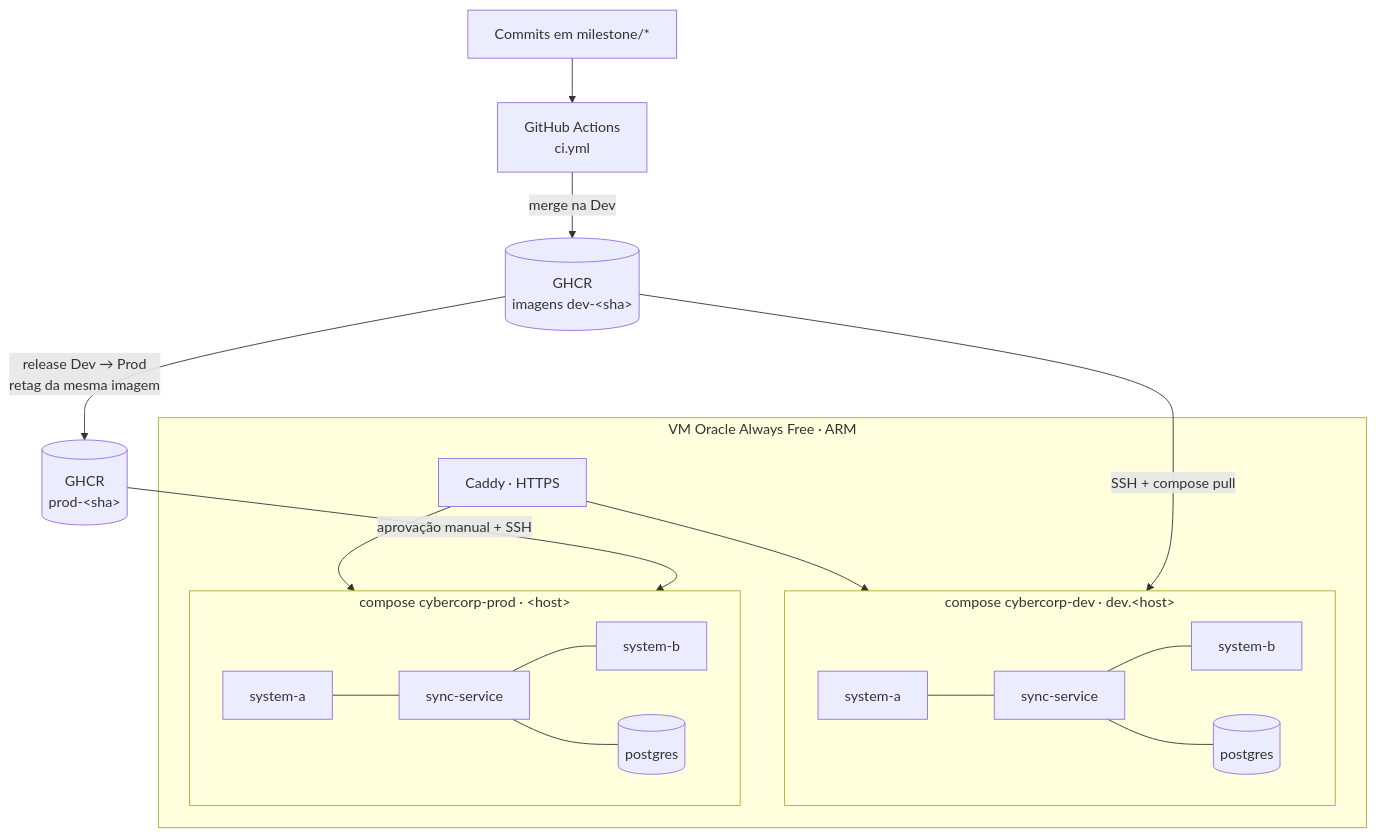
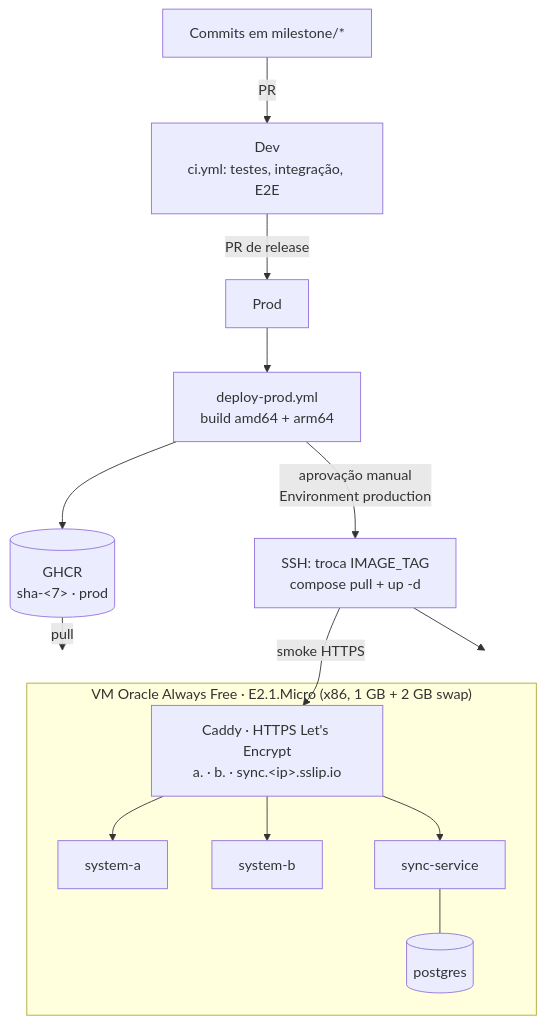
One commit to BossBurgues/desafiotecCyberCorp changed the second of 8 diagrams in docs/architecture.md. Above: the diagram before and after it, drawn with Mermaid. The commit also changed other lines of this file, not shown here.

First line of the commit message:
docs: architecture com o escopo entregue (um ambiente, sem auditor, B → A como desenho)

````diff
--- a/docs/architecture.md
+++ b/docs/architecture.md
@@ -62,23 +62,18 @@
 ```mermaid
 flowchart TB
-  DEVS["Commits em milestone/*"] --> GH["GitHub Actions<br/>ci.yml"]
-  GH -- "merge na Dev" --> GHCR[("GHCR<br/>imagens dev-&lt;sha&gt;")]
-  GHCR -- "release Dev → Prod<br/>retag da mesma imagem" --> GHCRP[("GHCR<br/>prod-&lt;sha&gt;")]
+  DEVS["Commits em milestone/*"] -- "PR" --> DEV["Dev<br/>ci.yml: testes, integração, E2E"]
+  DEV -- "PR de release" --> PROD["Prod"]
+  PROD --> DP["deploy-prod.yml<br/>build amd64 + arm64"]
+  DP --> GHCR[("GHCR<br/>sha-&lt;7&gt; · prod")]
+  DP -- "aprovação manual<br/>Environment production" --> SSH["SSH: troca IMAGE_TAG<br/>compose pull + up -d"]
 
-  subgraph VM["VM Oracle Always Free · ARM"]
-    CADDY["Caddy · HTTPS"]
-    subgraph D["compose cybercorp-dev · dev.&lt;host&gt;"]
-      D1["system-a"] --- D2["sync-service"] --- D3["system-b"]
-      D2 --- D4[("postgres")]
-    end
-    subgraph P["compose cybercorp-prod · &lt;host&gt;"]
-      P1["system-a"] --- P2["sync-service"] --- P3["system-b"]
-      P2 --- P4[("postgres")]
-    end
-    CADDY --> D
-    CADDY --> P
+  subgraph VM["VM Oracle Always Free · E2.1.Micro (x86, 1 GB + 2 GB swap)"]
+    CADDY["Caddy · HTTPS Let's Encrypt<br/>a. · b. · sync.&lt;ip&gt;.sslip.io"]
+    CADDY --> P1["system-a"] & P3["system-b"] & P2["sync-service"]
+    P2 --- P4[("postgres")]
   end
 
-  GHCR -- "SSH + compose pull" --> D
-  GHCRP -- "aprovação manual + SSH" --> P
+  GHCR -- "pull" --> VM
+  SSH --> VM
+  SSH -- "smoke HTTPS" --> CADDY
 ```
````
